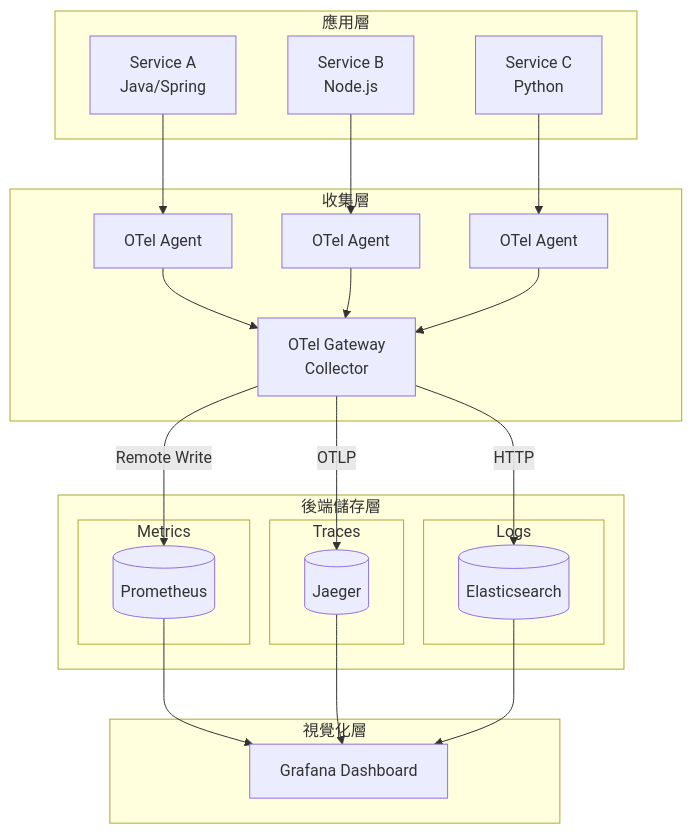
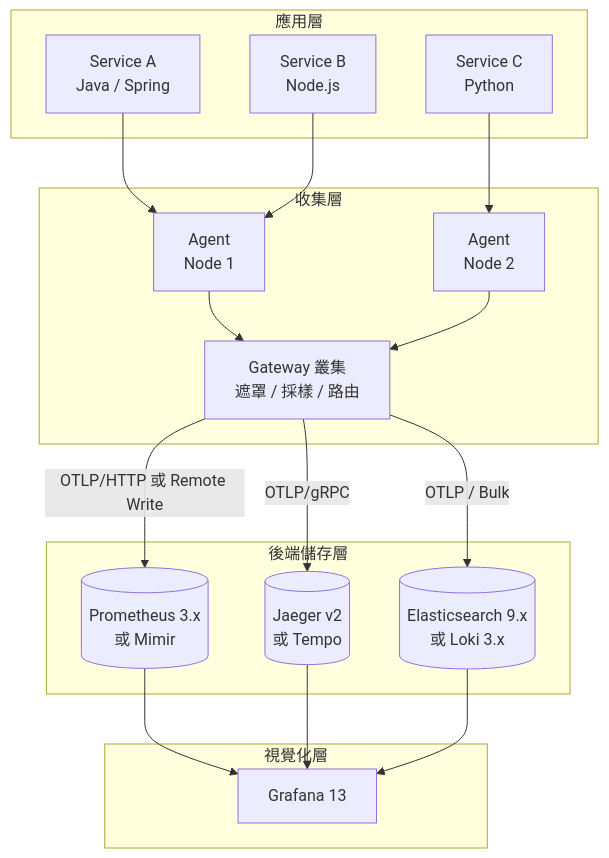
One commit to chihhung/Blog changed the sixth of 19 diagrams in content/posts/教學/工具/OpenTelemetry教學手冊.md. Above: the diagram before and after it, drawn with Mermaid. The commit also changed other lines of this file and 8 other files, not shown here.

````diff
--- a/content/posts/教學/工具/OpenTelemetry教學手冊.md
+++ b/content/posts/教學/工具/OpenTelemetry教學手冊.md
@@ -403,47 +642,39 @@
 ```mermaid
 flowchart TB
     subgraph "應用層"
-        App1[Service A<br/>Java/Spring]
+        App1[Service A<br/>Java / Spring]
         App2[Service B<br/>Node.js]
         App3[Service C<br/>Python]
     end
-    
+
     subgraph "收集層"
-        Agent1[OTel Agent]
-        Agent2[OTel Agent]
-        Agent3[OTel Agent]
-        Gateway[OTel Gateway<br/>Collector]
+        Agent1[Agent<br/>Node 1]
+        Agent2[Agent<br/>Node 2]
+        Gateway[Gateway 叢集<br/>遮罩 / 採樣 / 路由]
     end
-    
+
     subgraph "後端儲存層"
-        subgraph "Metrics"
-            Prometheus[(Prometheus)]
-        end
-        subgraph "Traces"
-            Jaeger[(Jaeger)]
-        end
-        subgraph "Logs"
-            ES[(Elasticsearch)]
-        end
+        Prom[(Prometheus 3.x<br/>或 Mimir)]
+        Jaeger[(Jaeger v2<br/>或 Tempo)]
+        ES[(Elasticsearch 9.x<br/>或 Loki 3.x)]
     end
-    
+
     subgraph "視覺化層"
-        Grafana[Grafana Dashboard]
+        Grafana[Grafana 13]
     end
-    
+
     App1 --> Agent1
-    App2 --> Agent2
-    App3 --> Agent3
-    
+    App2 --> Agent1
+    App3 --> Agent2
+
     Agent1 --> Gateway
     Agent2 --> Gateway
-    Agent3 --> Gateway
-    
-    Gateway -->|Remote Write| Prometheus
-    Gateway -->|OTLP| Jaeger
-    Gateway -->|HTTP| ES
-    
-    Prometheus --> Grafana
+
+    Gateway -->|OTLP/HTTP 或 Remote Write| Prom
+    Gateway -->|OTLP/gRPC| Jaeger
+    Gateway -->|OTLP / Bulk| ES
+
+    Prom --> Grafana
     Jaeger --> Grafana
     ES --> Grafana
 ```
````
